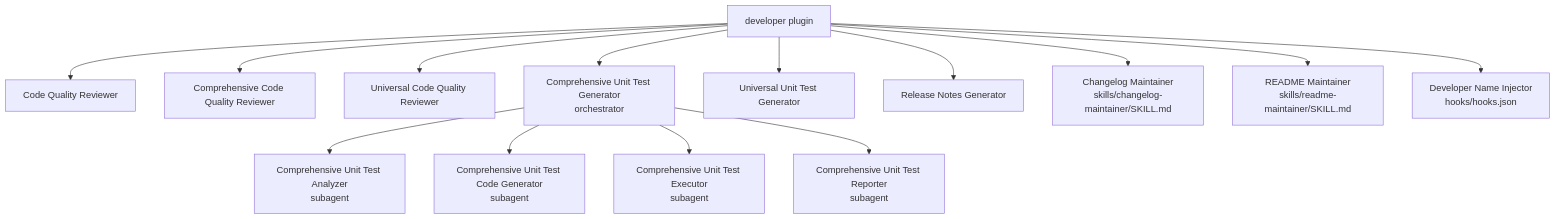
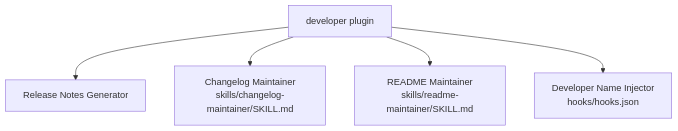
Before and after one commit to dimpletz/prompts-collection: the diagram in plugins/developer/README.md, drawn with Mermaid. The commit also changed other lines of this file and 33 other files, not shown here.

````diff
--- a/plugins/developer/README.md
+++ b/plugins/developer/README.md
@@ -61,17 +15,8 @@
 ```mermaid
 graph TD
     A[developer plugin]
-    A --> B[Code Quality Reviewer]
-    A --> C[Comprehensive Code Quality Reviewer]
-    A --> D[Universal Code Quality Reviewer]
-    A --> E[Comprehensive Unit Test Generator<br/>orchestrator]
-    E --> E1[Comprehensive Unit Test Analyzer<br/>subagent]
-    E --> E2[Comprehensive Unit Test Code Generator<br/>subagent]
-    E --> E3[Comprehensive Unit Test Executor<br/>subagent]
-    E --> E4[Comprehensive Unit Test Reporter<br/>subagent]
-    A --> F[Universal Unit Test Generator]
-    A --> G[Release Notes Generator]
-    A --> H[Changelog Maintainer<br/>skills/changelog-maintainer/SKILL.md]
-    A --> I[README Maintainer<br/>skills/readme-maintainer/SKILL.md]
-    A --> J[Developer Name Injector<br/>hooks/hooks.json]
+    A --> B[Release Notes Generator]
+    A --> C[Changelog Maintainer<br/>skills/changelog-maintainer/SKILL.md]
+    A --> D[README Maintainer<br/>skills/readme-maintainer/SKILL.md]
+    A --> E[Developer Name Injector<br/>hooks/hooks.json]
 ```
````
